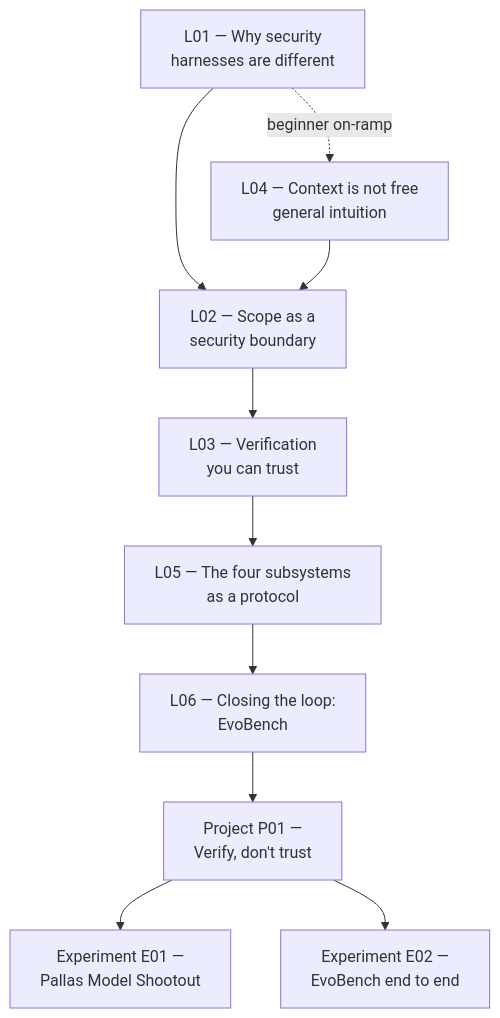
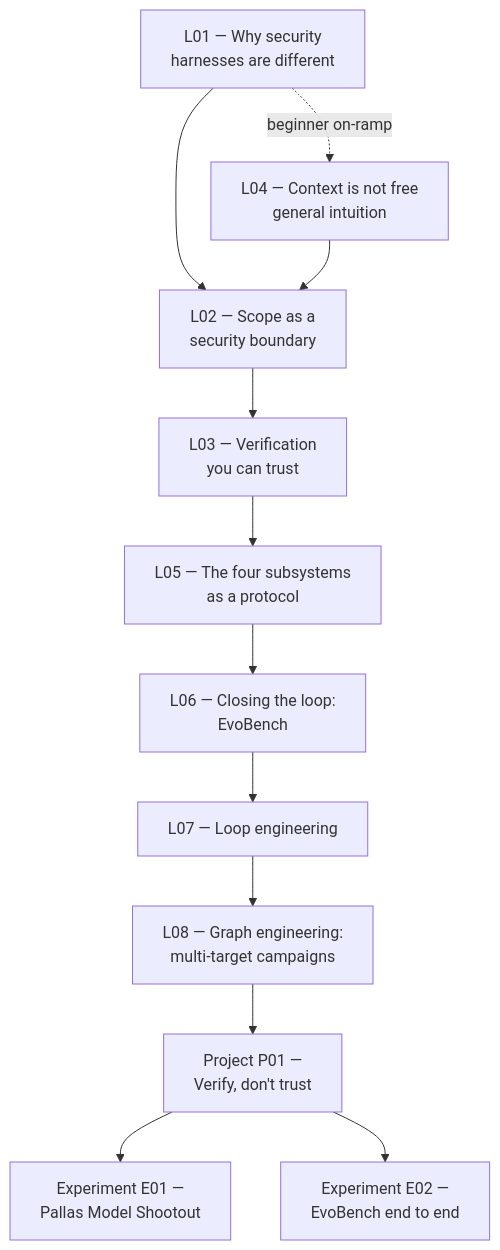
One commit to Nitin13-git/learn-harness-security changed the diagram in docs/index.md. Above: the diagram before and after it, drawn with Mermaid. The commit also changed other lines of this file and 8 other files, not shown here.

First line of the commit message:
Add L07/L08 (loop and graph engineering), diagrams to Skills/Frontier/Open-Problems, grounded in a real 2026 red-team study

````diff
--- a/docs/index.md
+++ b/docs/index.md
@@ -36,12 +36,14 @@
 ```mermaid
 flowchart TD
     L01[L01 — Why security<br/>harnesses are different] --> L02[L02 — Scope as a<br/>security boundary]
     L02 --> L03[L03 — Verification<br/>you can trust]
     L01 -.beginner on-ramp.-> L04[L04 — Context is not free<br/>general intuition]
     L04 --> L02
     L03 --> L05[L05 — The four subsystems<br/>as a protocol]
     L05 --> L06[L06 — Closing the loop:<br/>EvoBench]
-    L06 --> P01[Project P01 —<br/>Verify, don't trust]
+    L06 --> L07[L07 — Loop engineering]
+    L07 --> L08[L08 — Graph engineering:<br/>multi-target campaigns]
+    L08 --> P01[Project P01 —<br/>Verify, don't trust]
     P01 --> E01[Experiment E01 —<br/>Pallas Model Shootout]
     P01 --> E02[Experiment E02 —<br/>EvoBench end to end]
 ```
````
